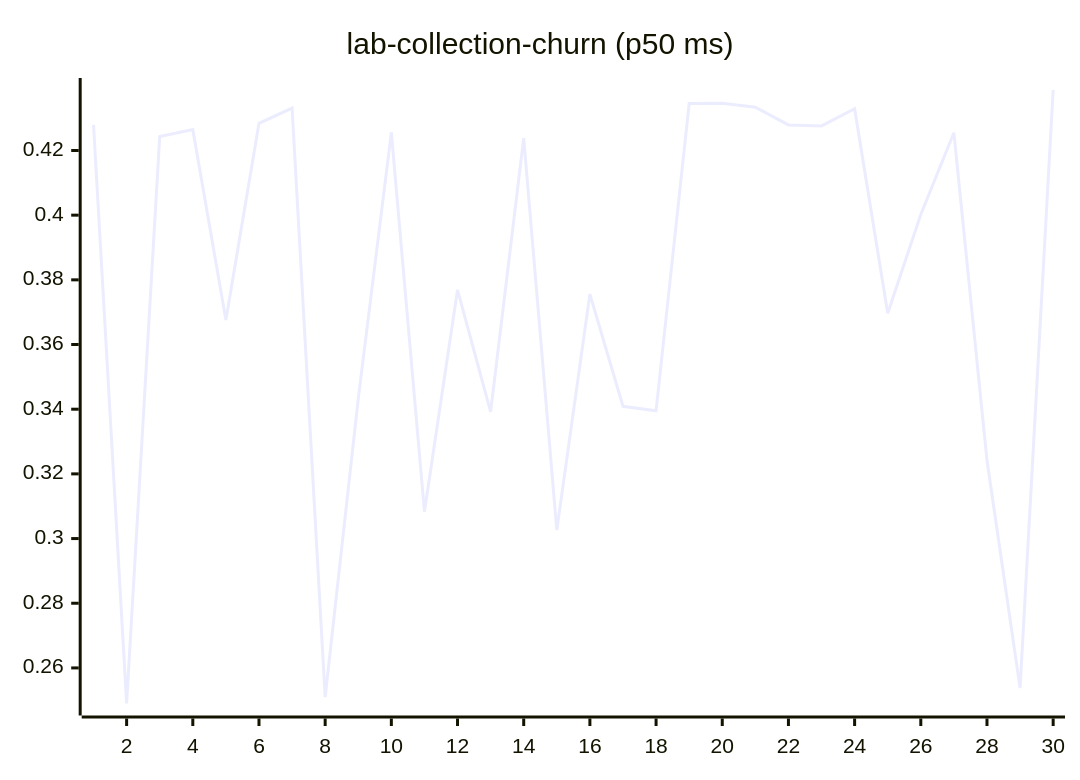
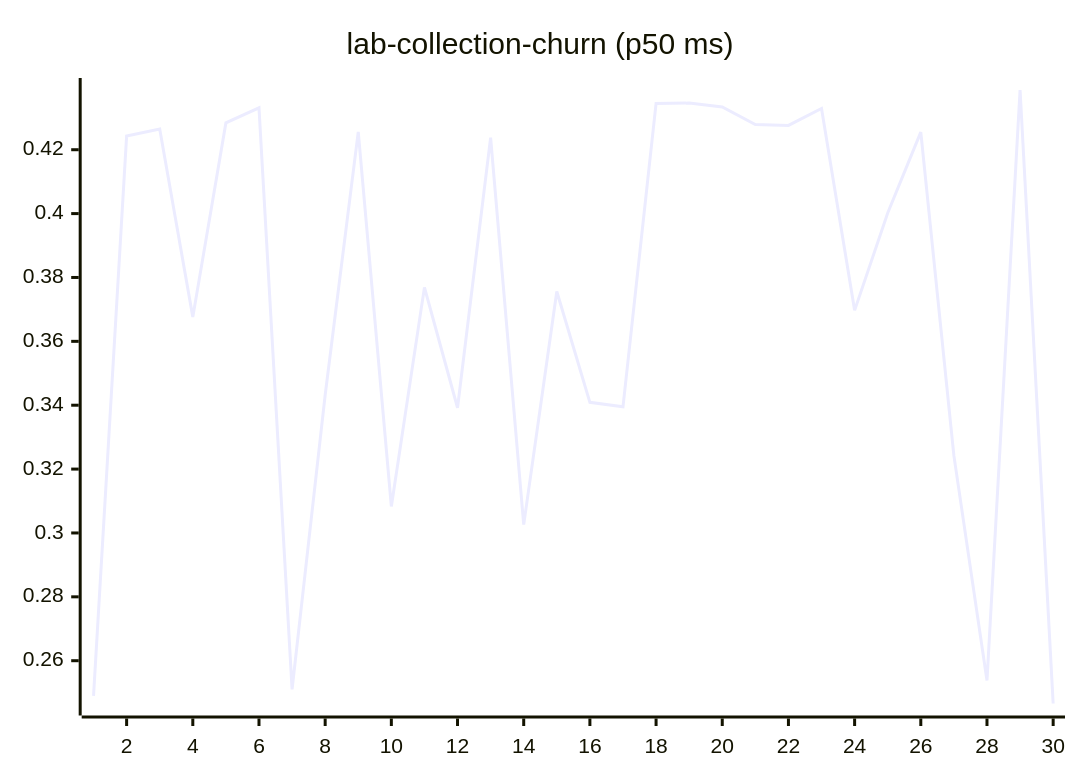
Before and after one commit to josha/Facet: diagram 11 of 27 in README.md, drawn with Mermaid. The commit also changed other lines of this file and 2 other files, not shown here.

````diff
--- a/README.md
+++ b/README.md
@@ -133,6 +133,6 @@
 ```mermaid
 xychart-beta
     title "lab-collection-churn (p50 ms)"
     x-axis 1 --> 30
-    line [0.4279, 0.2490, 0.4243, 0.4265, 0.3676, 0.4284, 0.4331, 0.2510, 0.3432, 0.4256, 0.3083, 0.3769, 0.3392, 0.4238, 0.3026, 0.3756, 0.3409, 0.3395, 0.4345, 0.4346, 0.4334, 0.4279, 0.4276, 0.4329, 0.3697, 0.4002, 0.4255, 0.3242, 0.2538, 0.4387]
+    line [0.2490, 0.4243, 0.4265, 0.3676, 0.4284, 0.4331, 0.2510, 0.3432, 0.4256, 0.3083, 0.3769, 0.3392, 0.4238, 0.3026, 0.3756, 0.3409, 0.3395, 0.4345, 0.4346, 0.4334, 0.4279, 0.4276, 0.4329, 0.3697, 0.4002, 0.4255, 0.3242, 0.2538, 0.4387, 0.2466]
 ```
````
